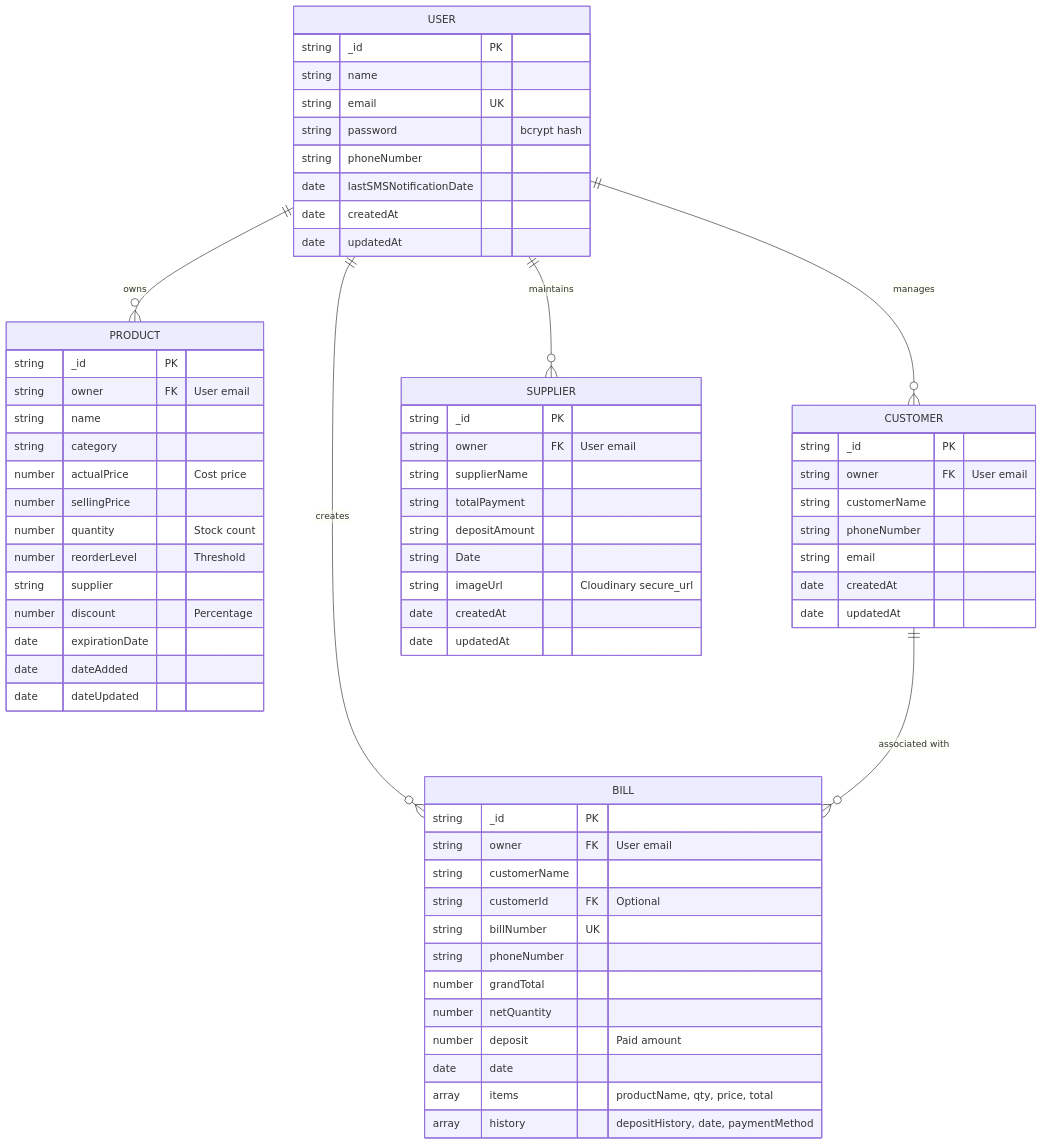
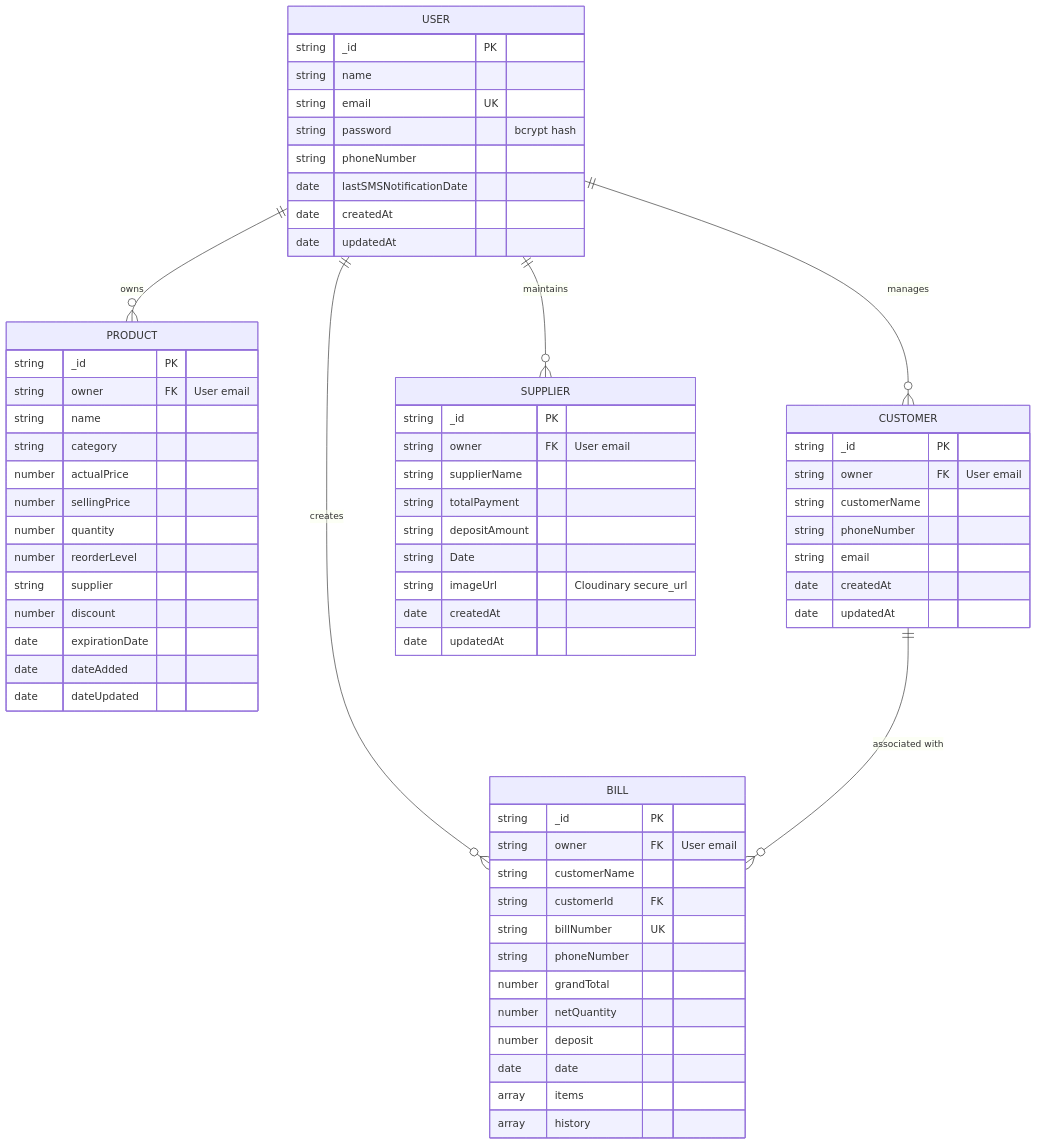
The second of 2 diagrams in readme.md (yash-shende99/ShopManager-Smart-Inventory-Management-App), drawn with Mermaid before and after one commit. The commit also changed other lines of this file, not shown here.

````diff
--- a/readme.md
+++ b/readme.md
@@ -577,72 +844,72 @@
 ```mermaid
 erDiagram
     USER ||--o{ PRODUCT : owns
     USER ||--o{ BILL : creates
     USER ||--o{ CUSTOMER : manages
     USER ||--o{ SUPPLIER : maintains
     CUSTOMER ||--o{ BILL : "associated with"
 
     USER {
         string _id PK
         string name
         string email UK
         string password "bcrypt hash"
         string phoneNumber
         date lastSMSNotificationDate
         date createdAt
         date updatedAt
     }
 
     PRODUCT {
         string _id PK
         string owner FK "User email"
         string name
         string category
-        number actualPrice "Cost price"
+        number actualPrice
         number sellingPrice
-        number quantity "Stock count"
-        number reorderLevel "Threshold"
+        number quantity
+        number reorderLevel
         string supplier
-        number discount "Percentage"
+        number discount
         date expirationDate
         date dateAdded
         date dateUpdated
     }
 
     CUSTOMER {
         string _id PK
         string owner FK "User email"
         string customerName
         string phoneNumber
         string email
         date createdAt
         date updatedAt
     }
 
     BILL {
         string _id PK
         string owner FK "User email"
         string customerName
-        string customerId FK "Optional"
+        string customerId FK
         string billNumber UK
         string phoneNumber
         number grandTotal
         number netQuantity
-        number deposit "Paid amount"
+        number deposit
         date date
-        array items "productName, qty, price, total"
-        array history "depositHistory, date, paymentMethod"
+        array items
+        array history
     }
 
     SUPPLIER {
         string _id PK
         string owner FK "User email"
         string supplierName
         string totalPayment
         string depositAmount
         string Date
         string imageUrl "Cloudinary secure_url"
         date createdAt
         date updatedAt
     }
 ```
````
